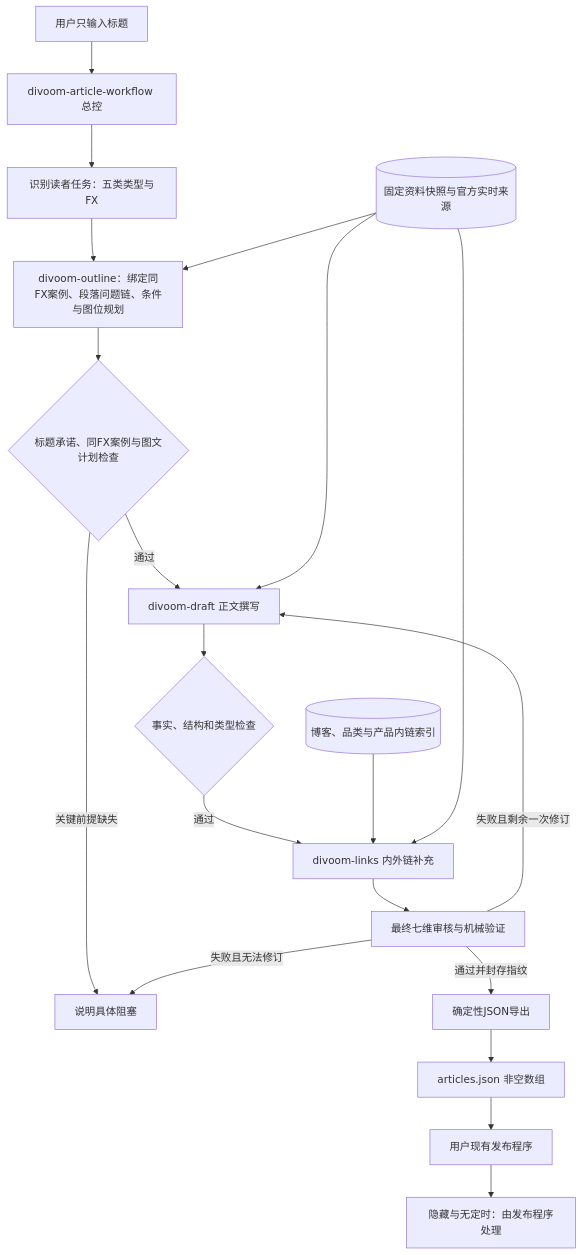
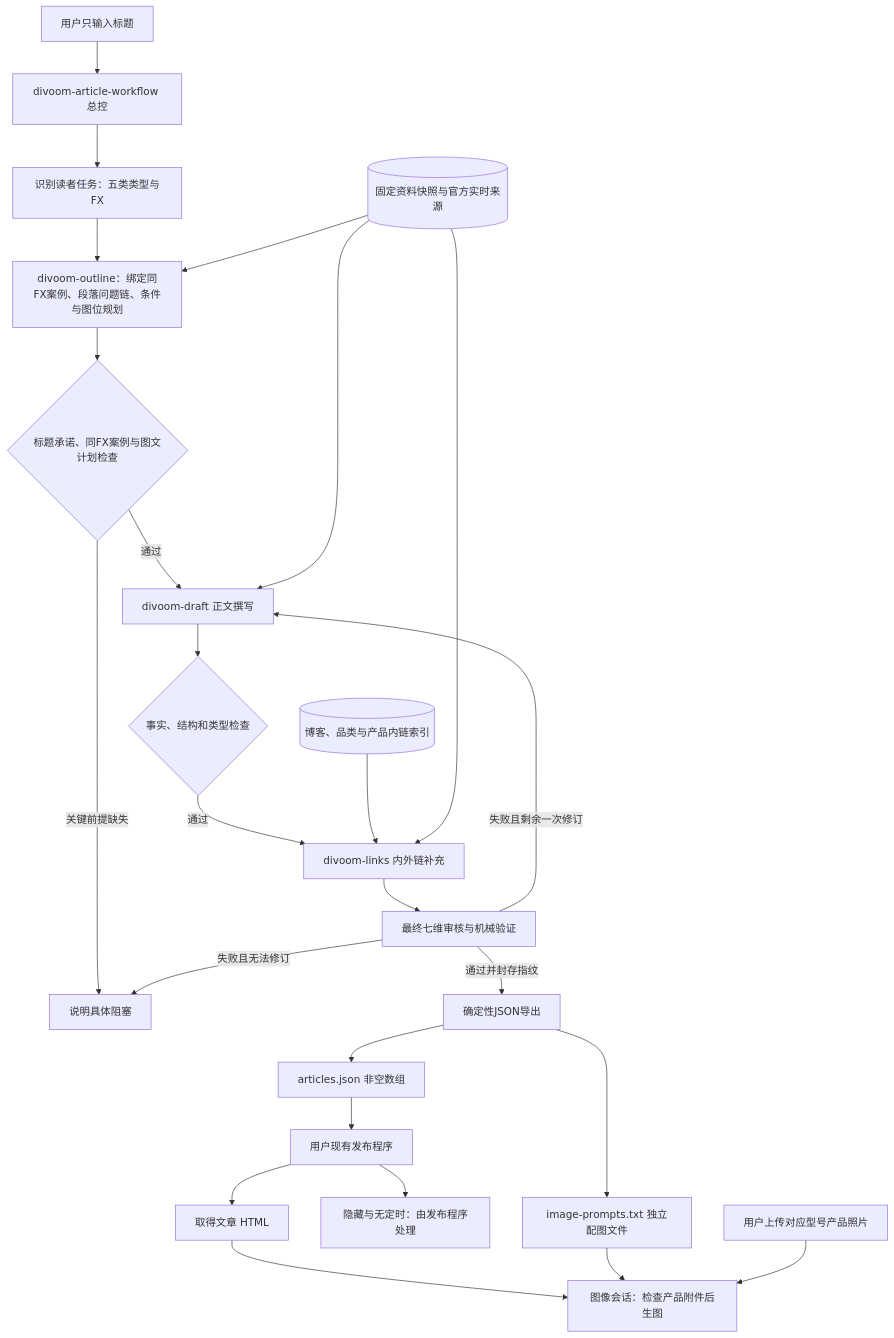
The first of 2 diagrams in skill-packages/divoom-writing-skills/README.md (lllygkj33-creator/divoom-content-pipeline), drawn with Mermaid before and after one commit. The commit also changed other lines of this file and 16 other files, not shown here.

````diff
--- a/skill-packages/divoom-writing-skills/README.md
+++ b/skill-packages/divoom-writing-skills/README.md
@@ -9,22 +9,27 @@
 ```mermaid
 flowchart TD
     U[用户只输入标题] --> O[divoom-article-workflow 总控]
     O --> R[识别读者任务：五类类型与FX]
     R --> A[divoom-outline：绑定同FX案例、段落问题链、条件与图位规划]
     K[(固定资料快照与官方实时来源)] --> A
     A --> G1{标题承诺、同FX案例与图文计划检查}
     G1 -->|通过| B[divoom-draft 正文撰写]
     G1 -->|关键前提缺失| X[说明具体阻塞]
     K --> B
     B --> G2{事实、结构和类型检查}
     G2 -->|通过| C[divoom-links 内外链补充]
     I[(博客、品类与产品内链索引)] --> C
     K --> C
     C --> Q[最终七维审核与机械验证]
     Q -->|失败且剩余一次修订| B
     Q -->|失败且无法修订| X
     Q -->|通过并封存指纹| E[确定性JSON导出]
     E --> J[articles.json 非空数组]
+    E --> T[image-prompts.txt 独立配图文件]
     J --> P[用户现有发布程序]
     P --> H[隐藏与无定时：由发布程序处理]
+    P --> V[取得文章 HTML]
+    V --> G[图像会话：检查产品附件后生图]
+    T --> G
+    U2[用户上传对应型号产品照片] --> G
 ```
````
